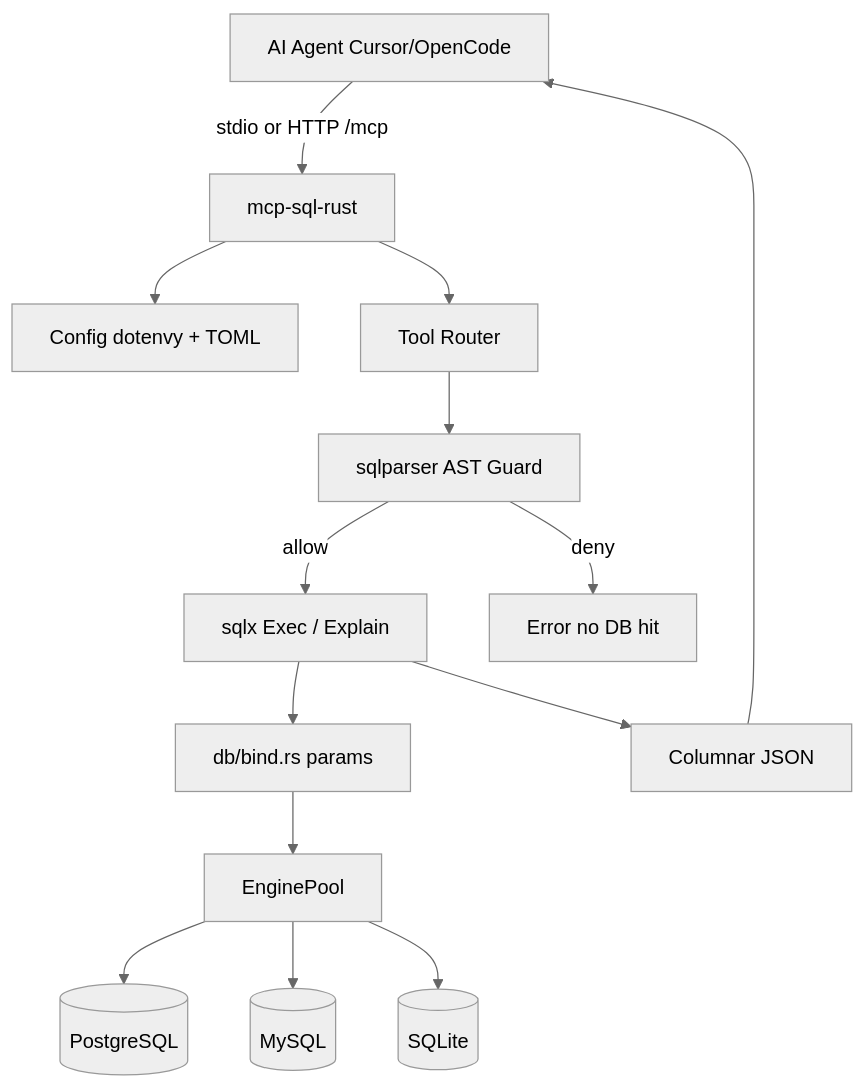
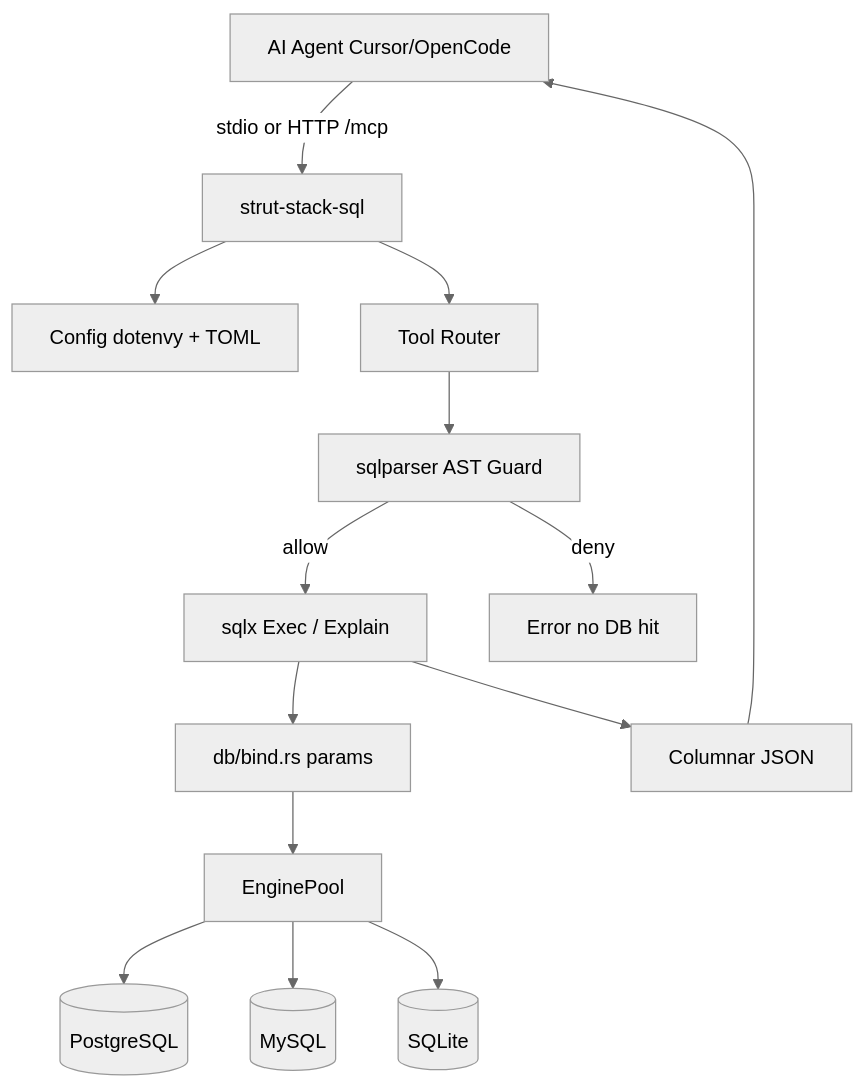
The diagram in docs/ARCHITECTURE.md (rzlco666/mcp-sql-rust), drawn with Mermaid (neutral theme) before and after one commit. The commit also changed other lines of this file and 47 other files, not shown here.

First line of the commit message:
release: strut-stack-sql v1.0.0 — rebrand, harden, lean install

````diff
--- a/docs/ARCHITECTURE.md
+++ b/docs/ARCHITECTURE.md
@@ -14,16 +14,16 @@
 ```mermaid
 flowchart TB
-  Agent[AI Agent Cursor/OpenCode] -->|stdio or HTTP /mcp| Server[mcp-sql-rust]
+  Agent[AI Agent Cursor/OpenCode] -->|stdio or HTTP /mcp| Server[strut-stack-sql]
   Server --> Cfg[Config dotenvy + TOML]
   Server --> Tools[Tool Router]
   Tools --> Guard[sqlparser AST Guard]
   Guard -->|allow| Exec[sqlx Exec / Explain]
   Guard -->|deny| Err[Error no DB hit]
   Exec --> Bind[db/bind.rs params]
   Bind --> Pool[EnginePool]
   Pool --> PG[(PostgreSQL)]
   Pool --> MY[(MySQL)]
   Pool --> SQ[(SQLite)]
   Exec --> Col[Columnar JSON]
   Col --> Agent
 ```
````
